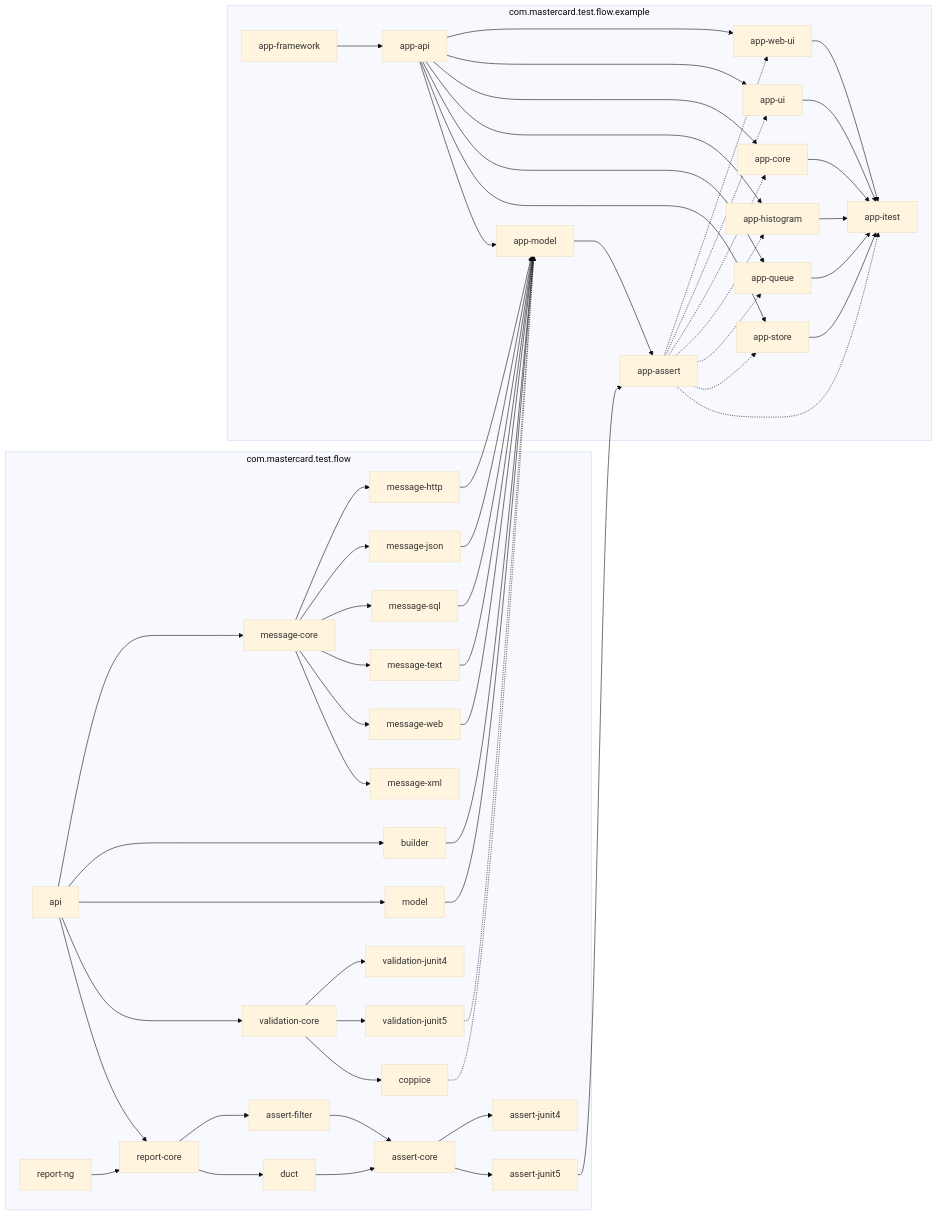
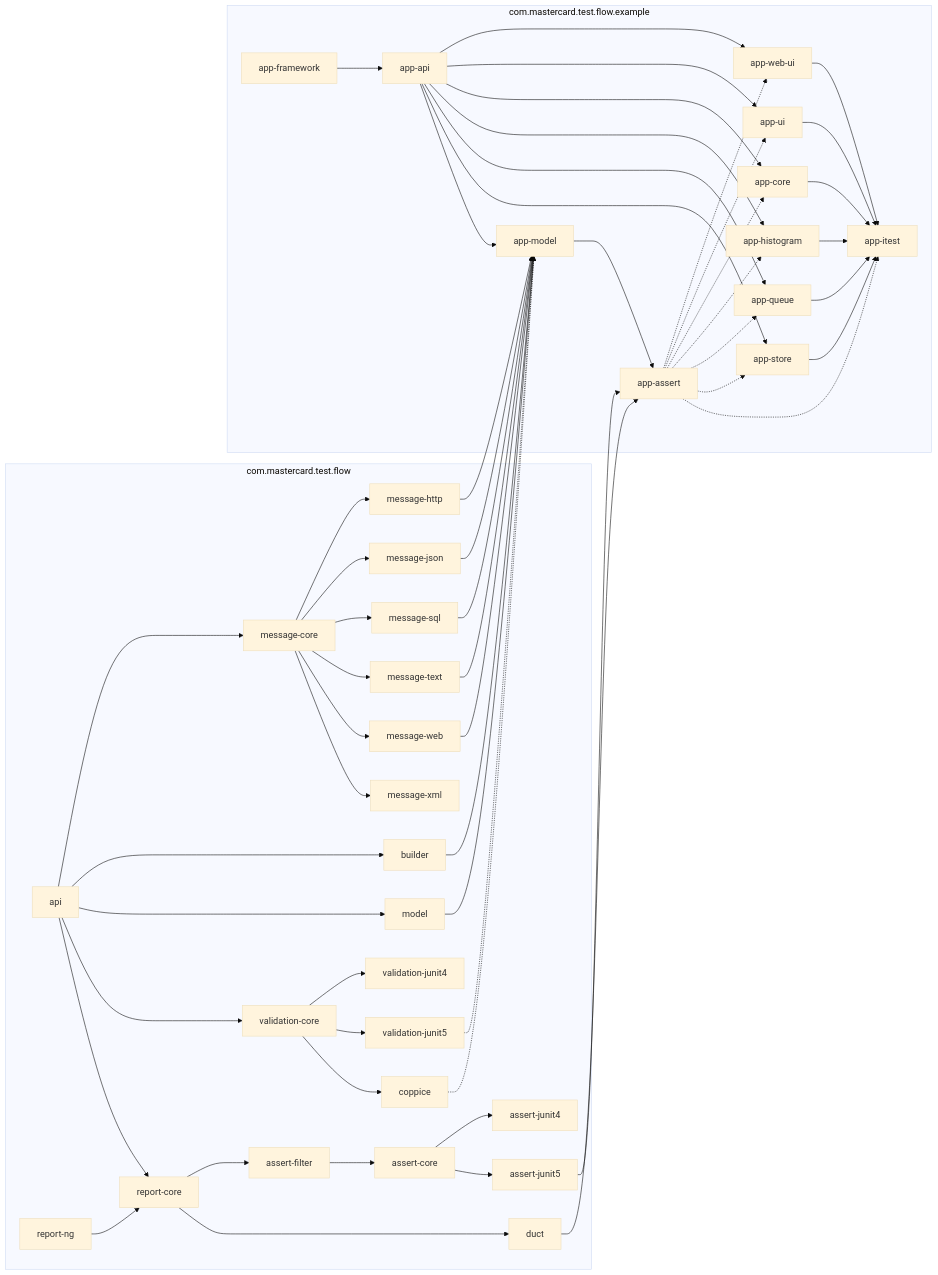
The second of 2 diagrams in example/README.md (Mastercard/flow), drawn with Mermaid (base theme) before and after one commit. The commit also changed 19 other files, not shown here.

````diff
--- a/example/README.md
+++ b/example/README.md
@@ -69,60 +69,60 @@
 ```mermaid
 graph LR
   subgraph com.mastercard.test.flow
     api --> message-core
     api --> builder
     api --> model
     api --> validation-core
     api --> report-core
     assert-core --> assert-junit4
     assert-core --> assert-junit5
     assert-filter --> assert-core
-    duct --> assert-core
     message-core --> message-http
     message-core --> message-json
     message-core --> message-sql
     message-core --> message-text
     message-core --> message-web
     message-core --> message-xml
     report-core --> assert-filter
     report-core --> duct
     report-ng --> report-core
     validation-core --> validation-junit4
     validation-core --> validation-junit5
     validation-core --> coppice
   end
   subgraph com.mastercard.test.flow.example
     app-api --> app-web-ui
     app-api --> app-ui
     app-api --> app-core
     app-api --> app-histogram
     app-api --> app-queue
     app-api --> app-store
     app-api --> app-model
     app-assert -.-> app-web-ui
     app-assert -.-> app-ui
     app-assert -.-> app-core
     app-assert -.-> app-histogram
     app-assert -.-> app-queue
     app-assert -.-> app-store
     app-assert -.-> app-itest
     app-core --> app-itest
     app-framework --> app-api
     app-histogram --> app-itest
     app-model --> app-assert
     app-queue --> app-itest
     app-store --> app-itest
     app-ui --> app-itest
     app-web-ui --> app-itest
   end
   assert-junit5 --> app-assert
   builder --> app-model
   coppice -.-> app-model
+  duct --> app-assert
   message-http --> app-model
   message-json --> app-model
   message-sql --> app-model
   message-text --> app-model
   message-web --> app-model
   model --> app-model
   validation-junit5 -.-> app-model
 ```
````
